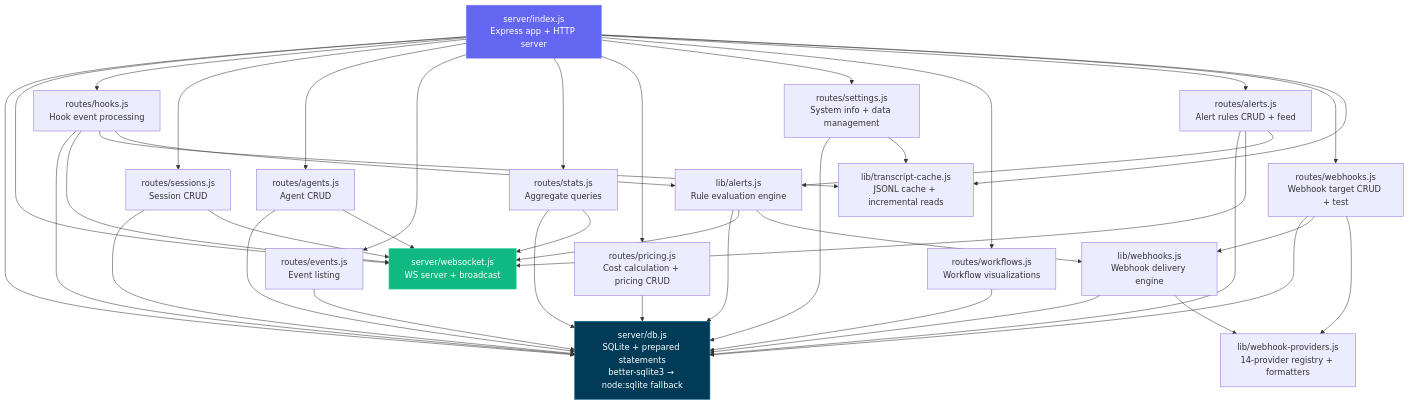
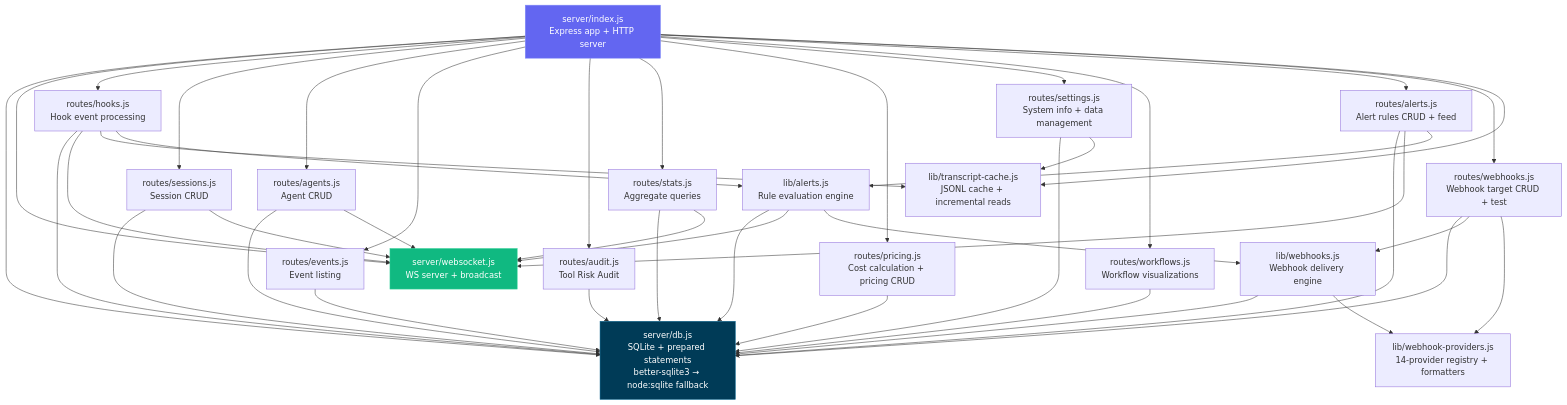
The fifth of 45 diagrams in ARCHITECTURE.md (hoangsonww/Claude-Code-Agent-Monitor), drawn with Mermaid before and after one commit. The commit also changed other lines of this file and 16 other files, not shown here.

First line of the commit message:
docs(audit): document the Tool Risk Audit (#301)

````diff
--- a/ARCHITECTURE.md
+++ b/ARCHITECTURE.md
@@ -298,44 +298,46 @@
 ```mermaid
 graph TD
     INDEX[server/index.js<br/>Express app + HTTP server]
     DB[server/db.js<br/>SQLite + prepared statements<br/>better-sqlite3 → node:sqlite fallback]
     WS[server/websocket.js<br/>WS server + broadcast]
     HOOKS[routes/hooks.js<br/>Hook event processing]
     TC[lib/transcript-cache.js<br/>JSONL cache + incremental reads]
     SESSIONS[routes/sessions.js<br/>Session CRUD]
     AGENTS[routes/agents.js<br/>Agent CRUD]
     EVENTS[routes/events.js<br/>Event listing]
+    AUDITR[routes/audit.js<br/>Tool Risk Audit]
     STATS[routes/stats.js<br/>Aggregate queries]
     PRICING[routes/pricing.js<br/>Cost calculation + pricing CRUD]
     SETTINGS[routes/settings.js<br/>System info + data management]
     WORKFLOWS[routes/workflows.js<br/>Workflow visualizations]
     ALERTSR[routes/alerts.js<br/>Alert rules CRUD + feed]
     ALERTS[lib/alerts.js<br/>Rule evaluation engine]
     WEBHOOKSR[routes/webhooks.js<br/>Webhook target CRUD + test]
     WEBHOOKS[lib/webhooks.js<br/>Webhook delivery engine]
     WEBHOOKPROV[lib/webhook-providers.js<br/>14-provider registry + formatters]
 
     INDEX --> DB
     INDEX --> WS
-    INDEX --> HOOKS & SESSIONS & AGENTS & EVENTS & STATS & PRICING & SETTINGS & WORKFLOWS & ALERTSR & WEBHOOKSR
+    INDEX --> HOOKS & SESSIONS & AGENTS & EVENTS & AUDITR & STATS & PRICING & SETTINGS & WORKFLOWS & ALERTSR & WEBHOOKSR
 
     HOOKS --> DB & WS & TC
     HOOKS --> ALERTS
     ALERTSR --> DB & WS & ALERTS
     ALERTS --> DB & WS
     ALERTS --> WEBHOOKS
     WEBHOOKSR --> DB & WEBHOOKS & WEBHOOKPROV
     WEBHOOKS --> DB & WEBHOOKPROV
     SETTINGS --> DB & TC
     INDEX --> TC
     SESSIONS --> DB & WS
     AGENTS --> DB & WS
     EVENTS --> DB
+    AUDITR --> DB
     STATS --> DB & WS
     PRICING --> DB
     WORKFLOWS --> DB
 
     style INDEX fill:#6366f1,stroke:#818cf8,color:#fff
     style DB fill:#003B57,stroke:#005f8a,color:#fff
     style WS fill:#10b981,stroke:#34d399,color:#fff
 ```
````
